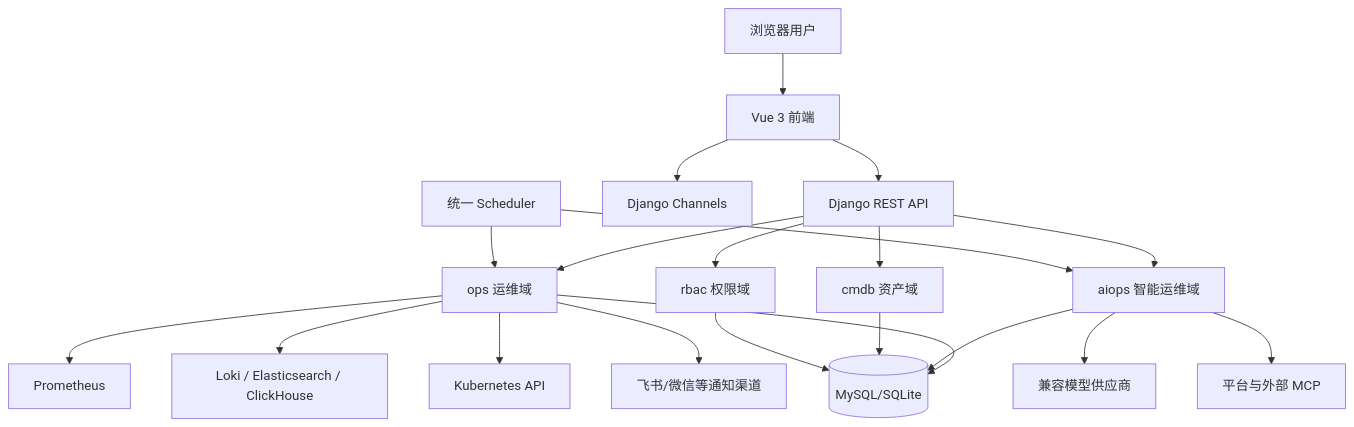
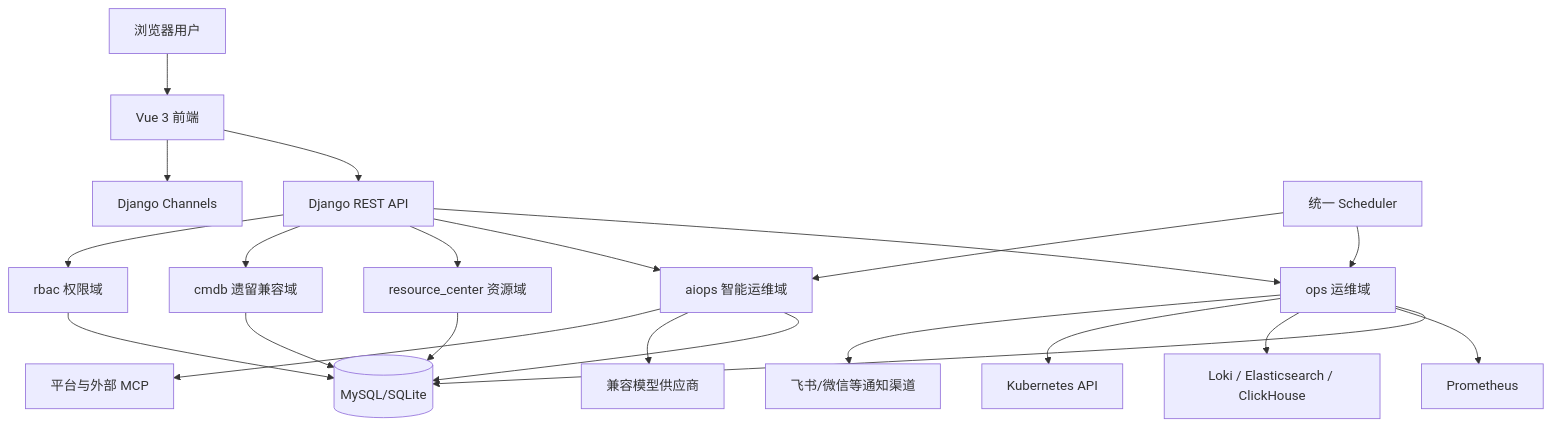
One commit to zhang410781/xingcloud changed the first of 3 diagrams in docs/项目架构.md. Above: the diagram before and after it, drawn with Mermaid. The commit also changed other lines of this file and 53 other files, not shown here.

Commit message:
feat: add unified resource center

````diff
--- a/docs/项目架构.md
+++ b/docs/项目架构.md
@@ -7,26 +7,28 @@
 ```mermaid
 flowchart TB
     user[浏览器用户] --> vue[Vue 3 前端]
     vue --> api[Django REST API]
     vue --> ws[Django Channels]
 
     api --> ops[ops 运维域]
     api --> aiops[aiops 智能运维域]
-    api --> cmdb[cmdb 资产域]
+    api --> resource[resource_center 资源域]
+    api --> cmdb[cmdb 遗留兼容域]
     api --> rbac[rbac 权限域]
 
     scheduler[统一 Scheduler] --> ops
     scheduler --> aiops
 
     ops --> db[(MySQL/SQLite)]
     aiops --> db
+    resource --> db
     cmdb --> db
     rbac --> db
 
     ops --> prom[Prometheus]
     ops --> logs[Loki / Elasticsearch / ClickHouse]
     ops --> k8s[Kubernetes API]
     ops --> notify[飞书/微信等通知渠道]
     aiops --> llm[兼容模型供应商]
     aiops --> mcp[平台与外部 MCP]
 ```
````
